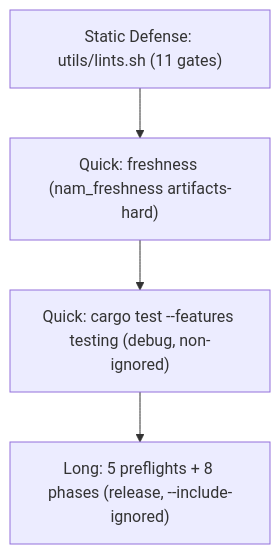
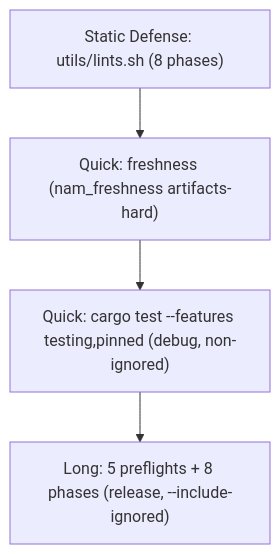
Before and after one commit to fabiohl/NeuralAmpModeler-rs: the diagram in docs/testing.md, drawn with Mermaid. The commit also changed other lines of this file and 120 other files, not shown here.

````diff
--- a/docs/testing.md
+++ b/docs/testing.md
@@ -134,6 +103,6 @@
 ```mermaid
 graph TD
-    L0["Static Defense: utils/lints.sh (11 gates)"] --> Q1["Quick: freshness (nam_freshness artifacts-hard)"]
-    Q1 --> Q2["Quick: cargo test --features testing (debug, non-ignored)"]
+    L0["Static Defense: utils/lints.sh (8 phases)"] --> Q1["Quick: freshness (nam_freshness artifacts-hard)"]
+    Q1 --> Q2["Quick: cargo test --features testing,pinned (debug, non-ignored)"]
     Q2 --> L1["Long: 5 preflights + 8 phases (release, --include-ignored)"]
 ```
````
